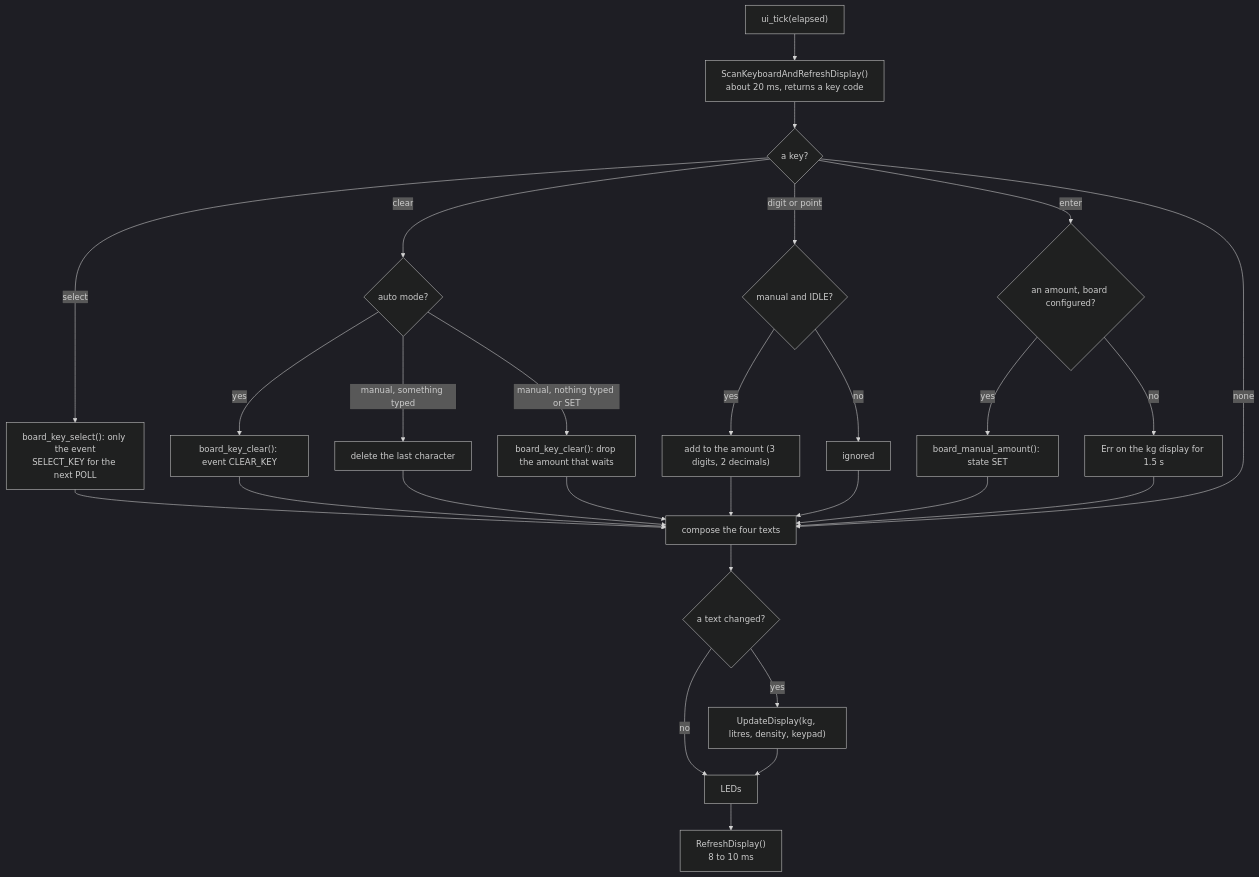
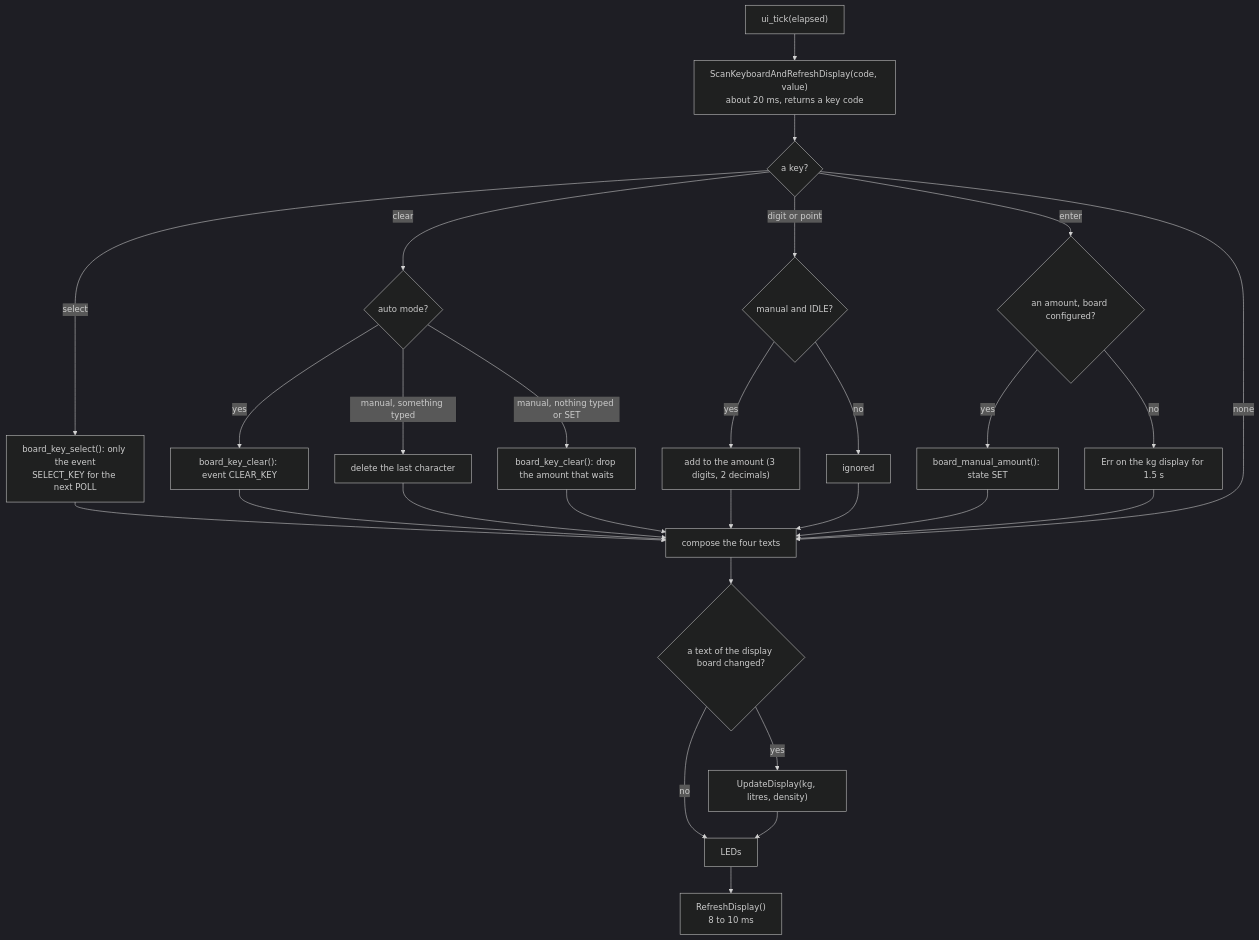
The ninth of 9 diagrams in firmware/WORKFLOW.md (atosdev7/GasStaion), drawn with Mermaid (dark theme) before and after one commit. The commit also changed 9 other files, not shown here.

Commit message:
Firmware: ScanKeyboardAndRefreshDisplay(code, value) gives the keyboard's LCD its status digit and its amount; UpdateDisplay has three texts

````diff
--- a/firmware/WORKFLOW.md
+++ b/firmware/WORKFLOW.md
@@ -233,30 +233,30 @@
 ```mermaid
 flowchart TD
-    A["ui_tick(elapsed)"] --> B["ScanKeyboardAndRefreshDisplay()<br/>about 20 ms, returns a key code"]
+    A["ui_tick(elapsed)"] --> B["ScanKeyboardAndRefreshDisplay(code, value)<br/>about 20 ms, returns a key code"]
     B --> C{"a key?"}
     C -- "select" --> D["board_key_select(): only the event<br/>SELECT_KEY for the next POLL"]
     C -- "clear" --> E{"auto mode?"}
     E -- yes --> F["board_key_clear(): event CLEAR_KEY"]
     E -- "manual, something typed" --> G["delete the last character"]
     E -- "manual, nothing typed or SET" --> H["board_key_clear(): drop the amount that waits"]
     C -- "digit or point" --> I{"manual and IDLE?"}
     I -- yes --> J["add to the amount (3 digits, 2 decimals)"]
     I -- no --> K["ignored"]
     C -- "enter" --> L{"an amount, board configured?"}
     L -- yes --> M["board_manual_amount(): state SET"]
     L -- no --> N["Err on the kg display for 1.5 s"]
     D --> O["compose the four texts"]
     F --> O
     G --> O
     H --> O
     J --> O
     K --> O
     M --> O
     N --> O
     C -- none --> O
-    O --> P{"a text changed?"}
-    P -- yes --> Q["UpdateDisplay(kg, litres, density, keypad)"]
+    O --> P{"a text of the display board changed?"}
+    P -- yes --> Q["UpdateDisplay(kg, litres, density)"]
     P -- no --> R["LEDs"]
     Q --> R
     R --> S["RefreshDisplay()<br/>8 to 10 ms"]
 ```
````
